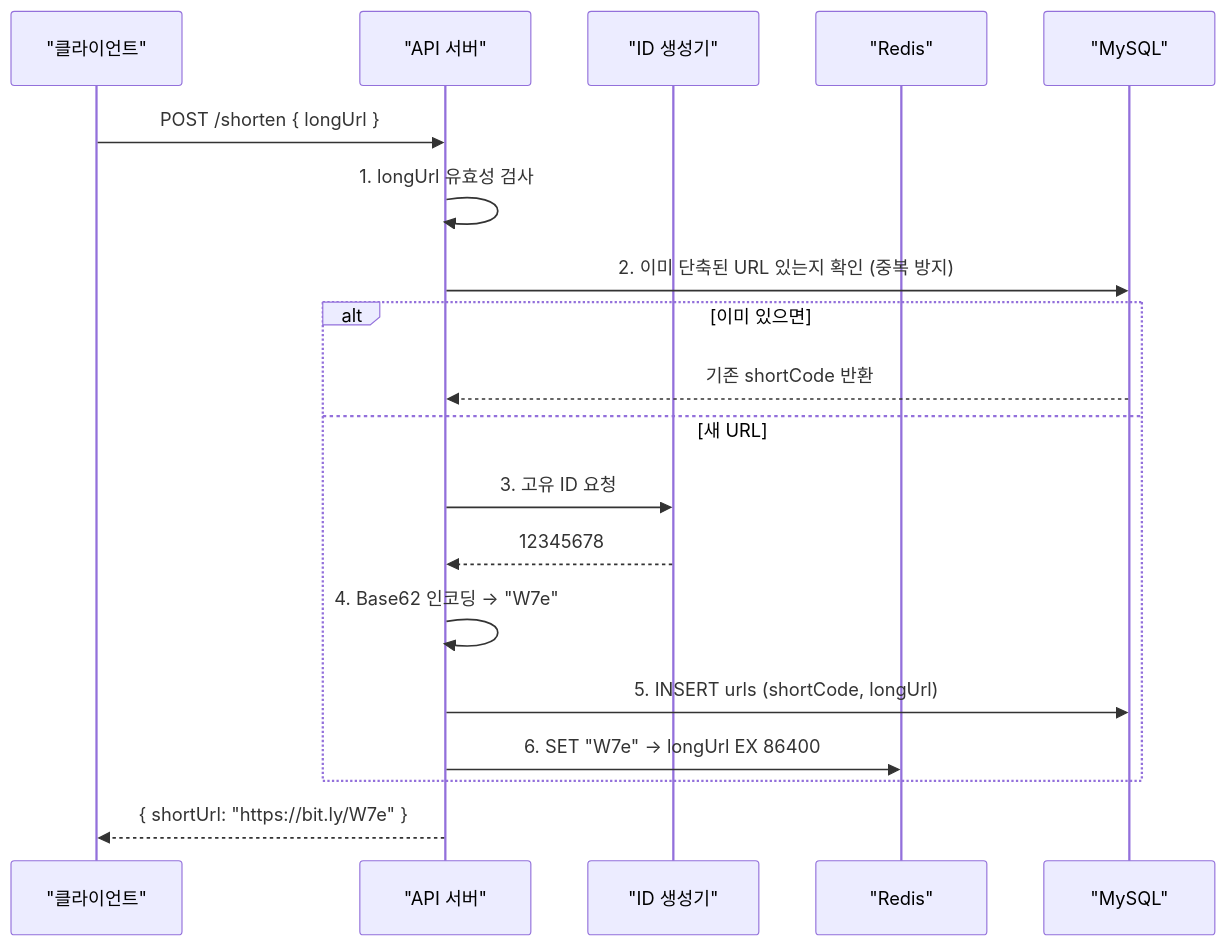
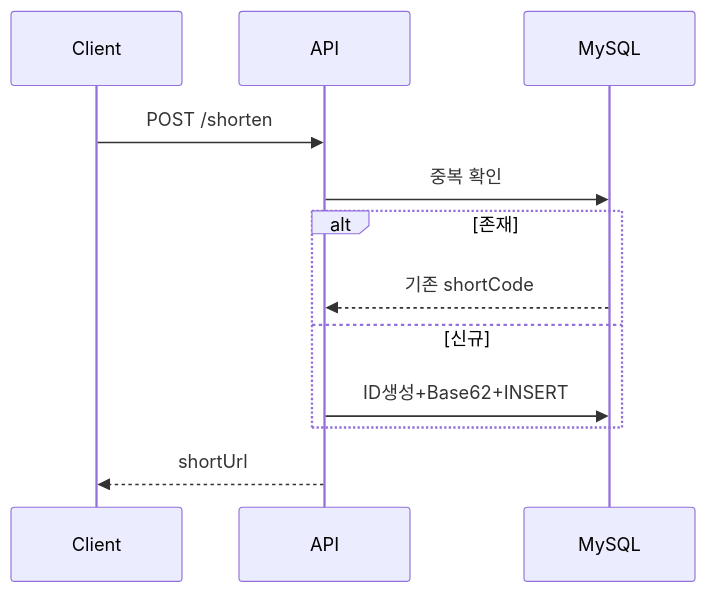
Before and after one commit to yjkim2015/yjkim2015.github.io: the third of 8 diagrams in _posts/systemdesign/2026-05-02-system-design-url-shortener.md, drawn with Mermaid. The commit also changed other lines of this file and 215 other files, not shown here.

First line of the commit message:
신규 포스트 10개 추가 + Mermaid 전면 축소 + SystemDesign 시리즈 보강

````diff
--- a/_posts/systemdesign/2026-05-02-system-design-url-shortener.md
+++ b/_posts/systemdesign/2026-05-02-system-design-url-shortener.md
@@ -123,22 +126,14 @@
 ```mermaid
 sequenceDiagram
-    participant C as "클라이언트"
-    participant API as "API 서버"
-    participant ID as "ID 생성기"
-    participant Cache as "Redis"
-    participant DB as "MySQL"
-
-    C->>API: POST /shorten { longUrl }
-    API->>API: 1. longUrl 유효성 검사
-    API->>DB: 2. 이미 단축된 URL 있는지 확인 (중복 방지)
-    alt 이미 있으면
-        DB-->>API: 기존 shortCode 반환
-    else 새 URL
-        API->>ID: 3. 고유 ID 요청
-        ID-->>API: 12345678
-        API->>API: 4. Base62 인코딩 → "W7e"
-        API->>DB: 5. INSERT urls (shortCode, longUrl)
-        API->>Cache: 6. SET "W7e" → longUrl EX 86400
+    participant C as Client
+    participant API
+    participant DB as MySQL
+    C->>API: POST /shorten
+    API->>DB: 중복 확인
+    alt 존재
+        DB-->>API: 기존 shortCode
+    else 신규
+        API->>DB: ID생성+Base62+INSERT
     end
-    API-->>C: { shortUrl: "https://bit.ly/W7e" }
+    API-->>C: shortUrl
 ```
````
